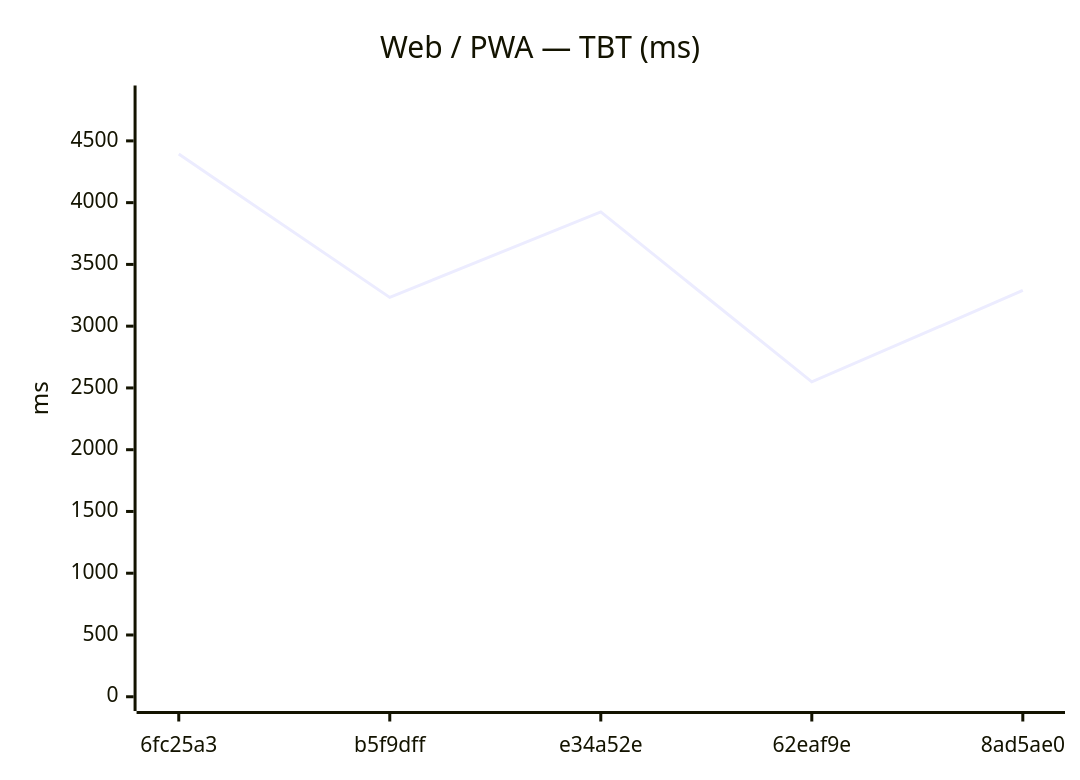
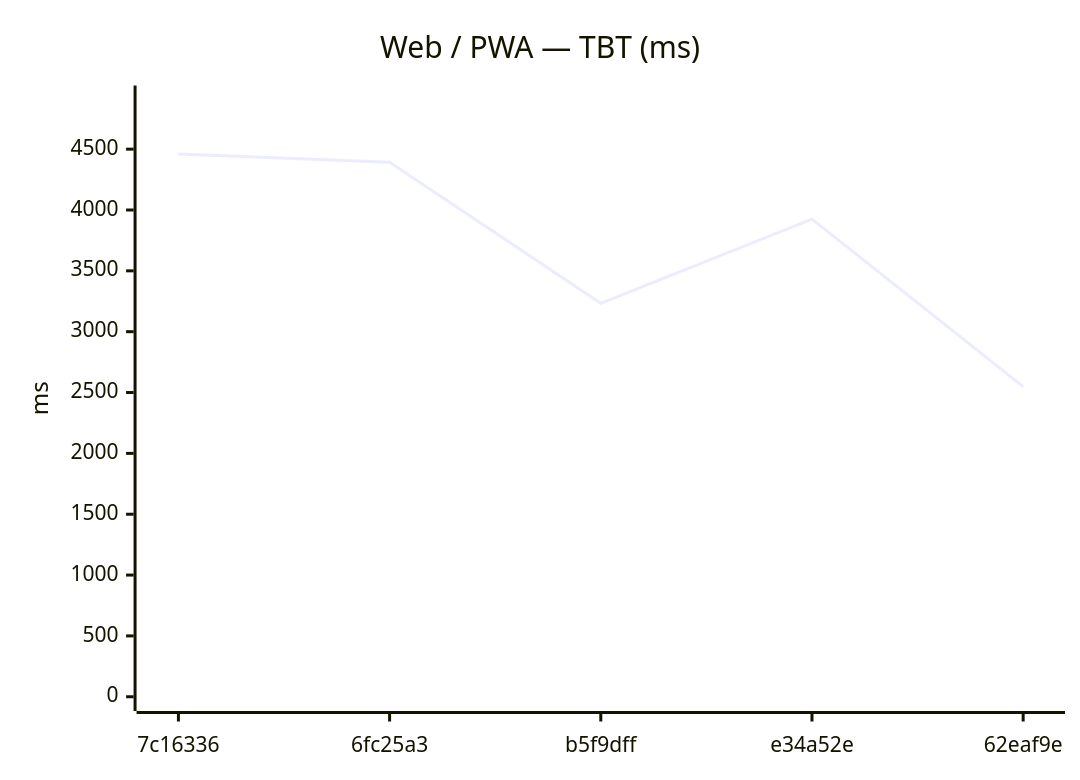
The sixth of 12 diagrams in benchmarks/compare.md (Metaheurist/Rianell), drawn with Mermaid before and after one commit. The commit also changed other lines of this file and 8 other files, not shown here.

````diff
--- a/benchmarks/compare.md
+++ b/benchmarks/compare.md
@@ -89,7 +89,7 @@
 ```mermaid
 xychart-beta
     title "Web / PWA — TBT (ms)"
-    x-axis ["6fc25a3", "b5f9dff", "e34a52e", "62eaf9e", "8ad5ae0"]
-    y-axis "ms" 0 --> 4833
-    line [4393, 3233, 3925, 2549, 3289]
+    x-axis ["7c16336", "6fc25a3", "b5f9dff", "e34a52e", "62eaf9e"]
+    y-axis "ms" 0 --> 4906
+    line [4460, 4393, 3233, 3925, 2549]
 ```
````
